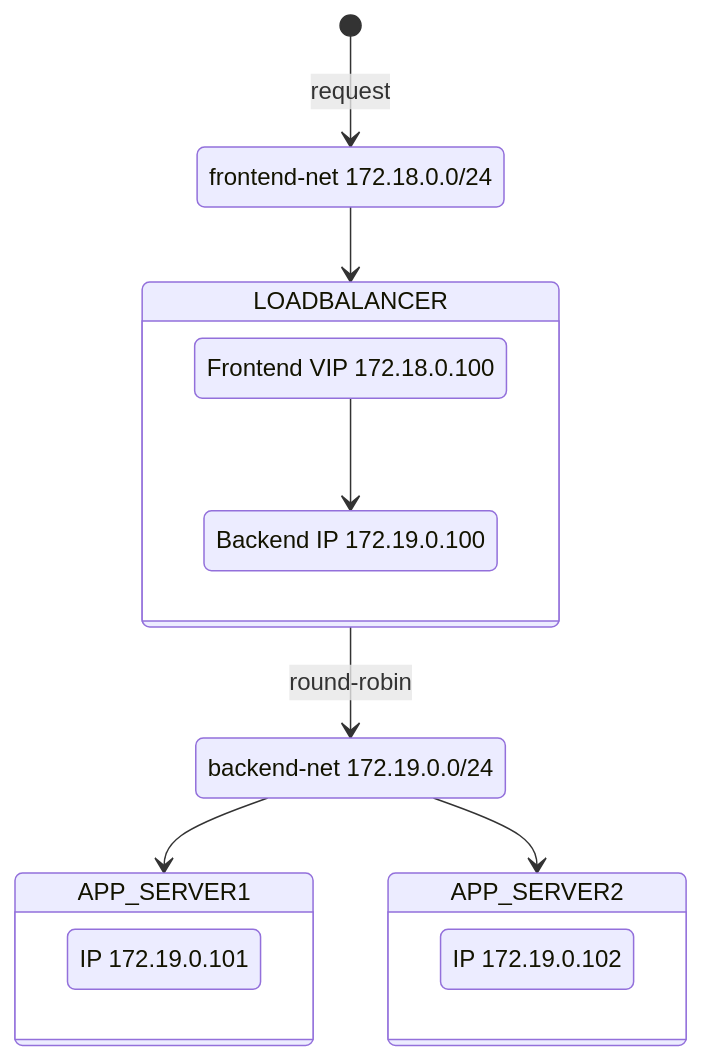
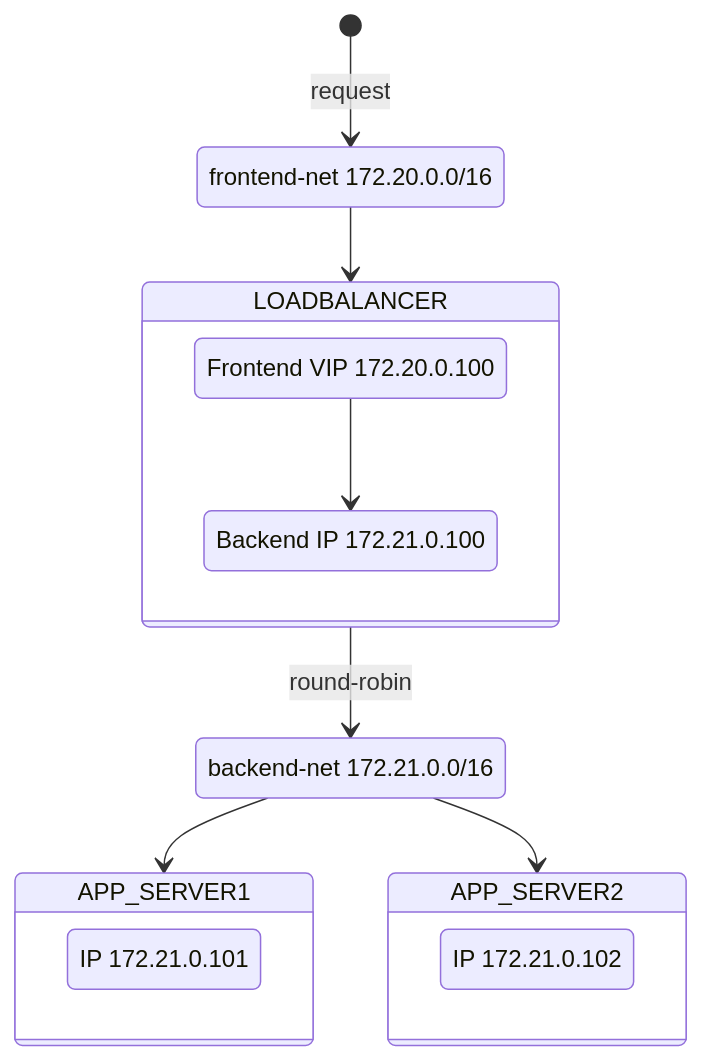
One commit to daniel1820815/daniel1820815.github.io changed the diagram in images/docker-app-networking-diagram.md. Above: the diagram before and after it, drawn with Mermaid. The commit also changed 1 other file, not shown here.

Commit message:
updated diagram

````diff
--- a/images/docker-app-networking-diagram.md
+++ b/images/docker-app-networking-diagram.md
@@ -3,26 +3,26 @@
 ```mermaid
 stateDiagram
     [*] --> net1: request
 
-    net1: frontend-net 172.18.0.0/24
+    net1: frontend-net 172.20.0.0/16
     net1 --> LOADBALANCER
     LOADBALANCER --> net2: round-robin
 
-    net2: backend-net 172.19.0.0/24
+    net2: backend-net 172.21.0.0/16
     net2 --> APP_SERVER1
     net2 --> APP_SERVER2
     
     state LOADBALANCER {
-        VIP: Frontend VIP 172.18.0.100
-        APP: Backend IP 172.19.0.100
+        VIP: Frontend VIP 172.20.0.100
+        APP: Backend IP 172.21.0.100
         VIP --> APP
     }
     state APP_SERVER1 {
-        APP1: IP 172.19.0.101
+        APP1: IP 172.21.0.101
         APP1
     }
     state APP_SERVER2 {
-        APP2: IP 172.19.0.102
+        APP2: IP 172.21.0.102
         APP2
     }
 ```
````
